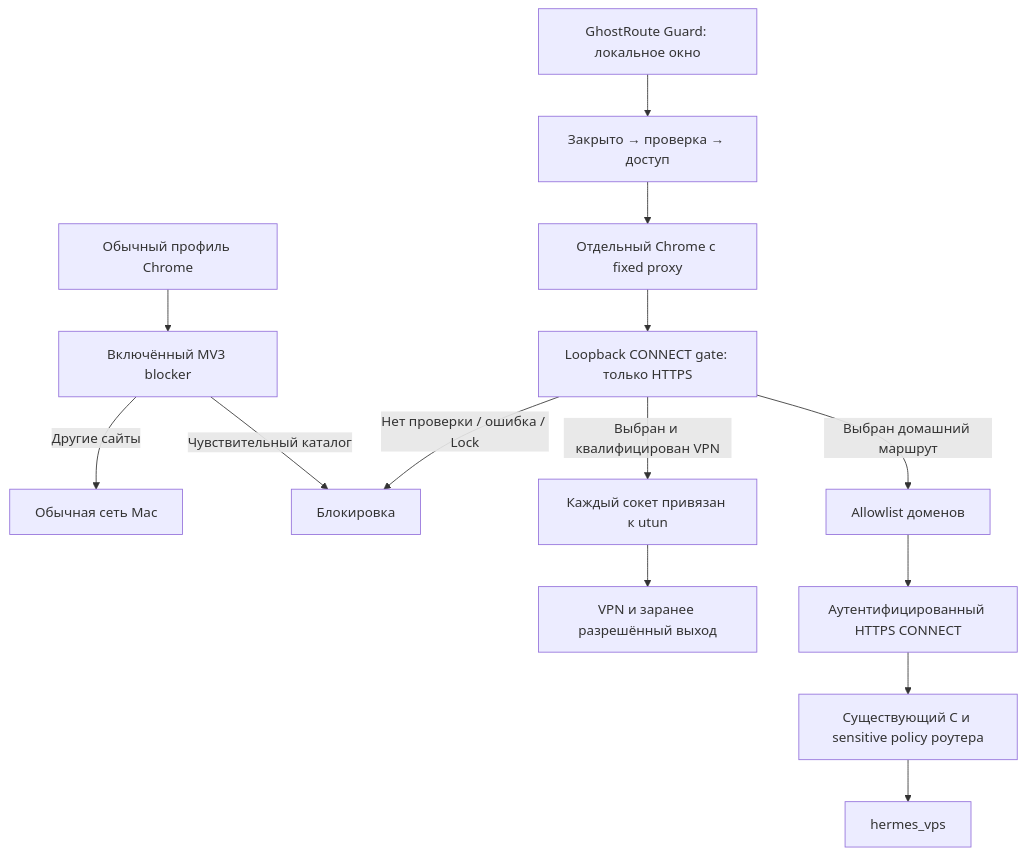
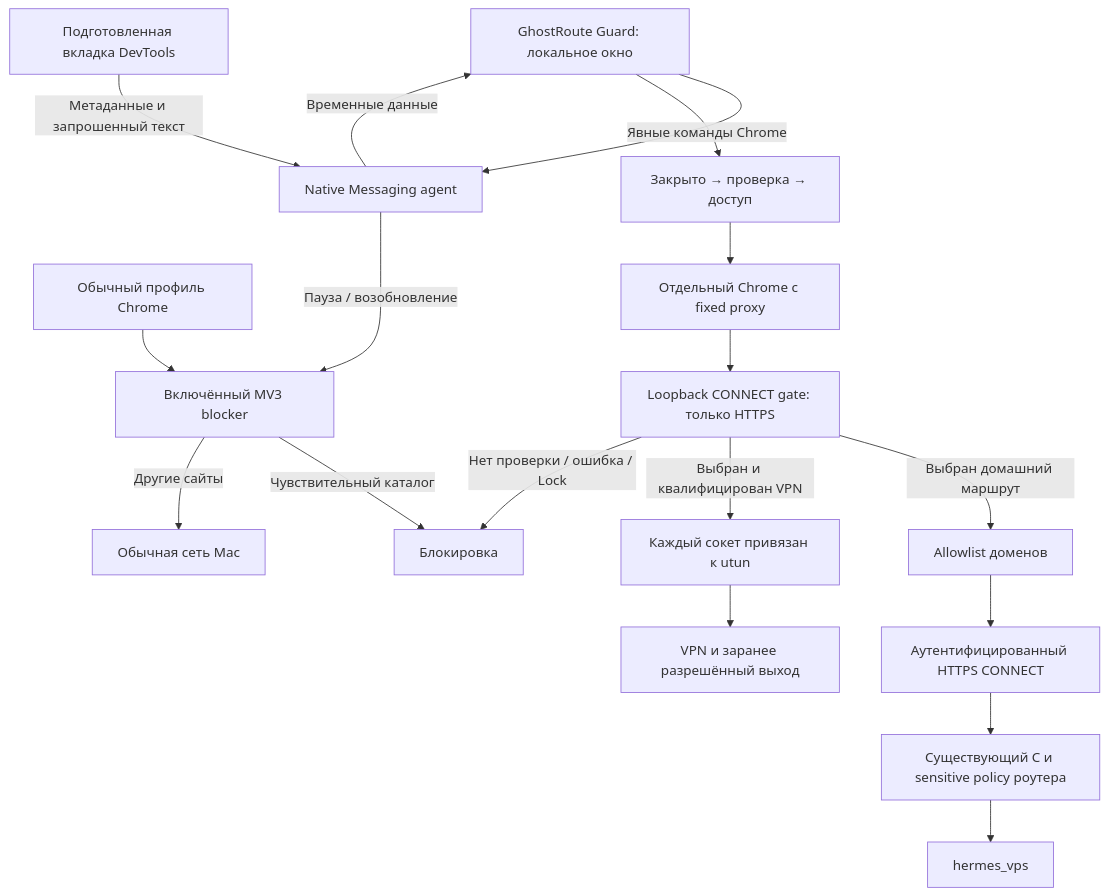
Before and after one commit to eiler2005/ghostroute: the diagram in modules/mac-privacy-guard/README.md, drawn with Mermaid. The commit also changed other lines of this file and 56 other files, not shown here.

Commit message:
Add native Chrome controls, scoped diagnostics and Guard help

````diff
--- a/modules/mac-privacy-guard/README.md
+++ b/modules/mac-privacy-guard/README.md
@@ -79,16 +88,20 @@
 ```mermaid
 flowchart TB
     ordinary[Обычный профиль Chrome] --> blocker[Включённый MV3 blocker]
     blocker -->|Чувствительный каталог| deny[Блокировка]
     blocker -->|Другие сайты| normal[Обычная сеть Mac]
+    app -->|Явные команды Chrome| agent[Native Messaging agent]
+    agent -->|Пауза / возобновление| blocker
+    tab[Подготовленная вкладка DevTools] -->|Метаданные и запрошенный текст| agent
+    agent -->|Временные данные| app
     app[GhostRoute Guard: локальное окно] --> state[Закрыто → проверка → доступ]
     state --> browser[Отдельный Chrome с fixed proxy]
     browser --> gate[Loopback CONNECT gate: только HTTPS]
     gate -->|Выбран домашний маршрут| allow[Allowlist доменов]
     allow --> tls[Аутентифицированный HTTPS CONNECT]
     tls --> home[Существующий C и sensitive policy роутера]
     home --> egress[hermes_vps]
     gate -->|Выбран и квалифицирован VPN| bind[Каждый сокет привязан к utun]
     bind --> vpn[VPN и заранее разрешённый выход]
     gate -->|Нет проверки / ошибка / Lock| deny
 ```
````
